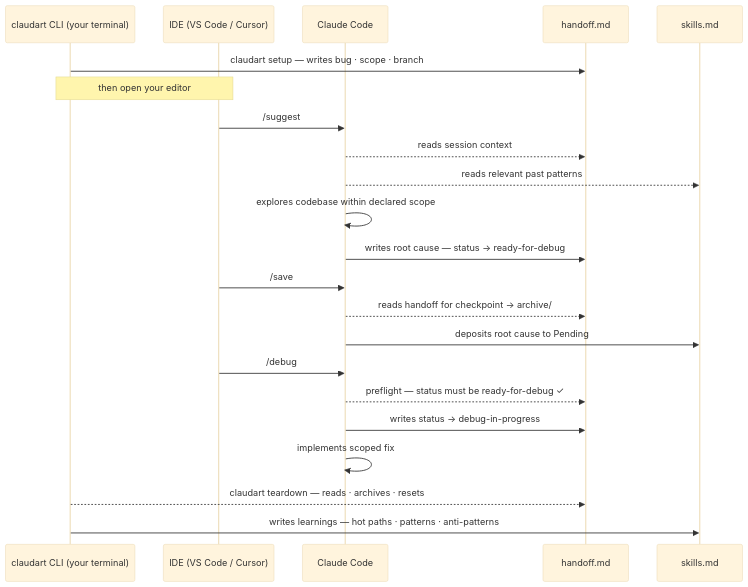
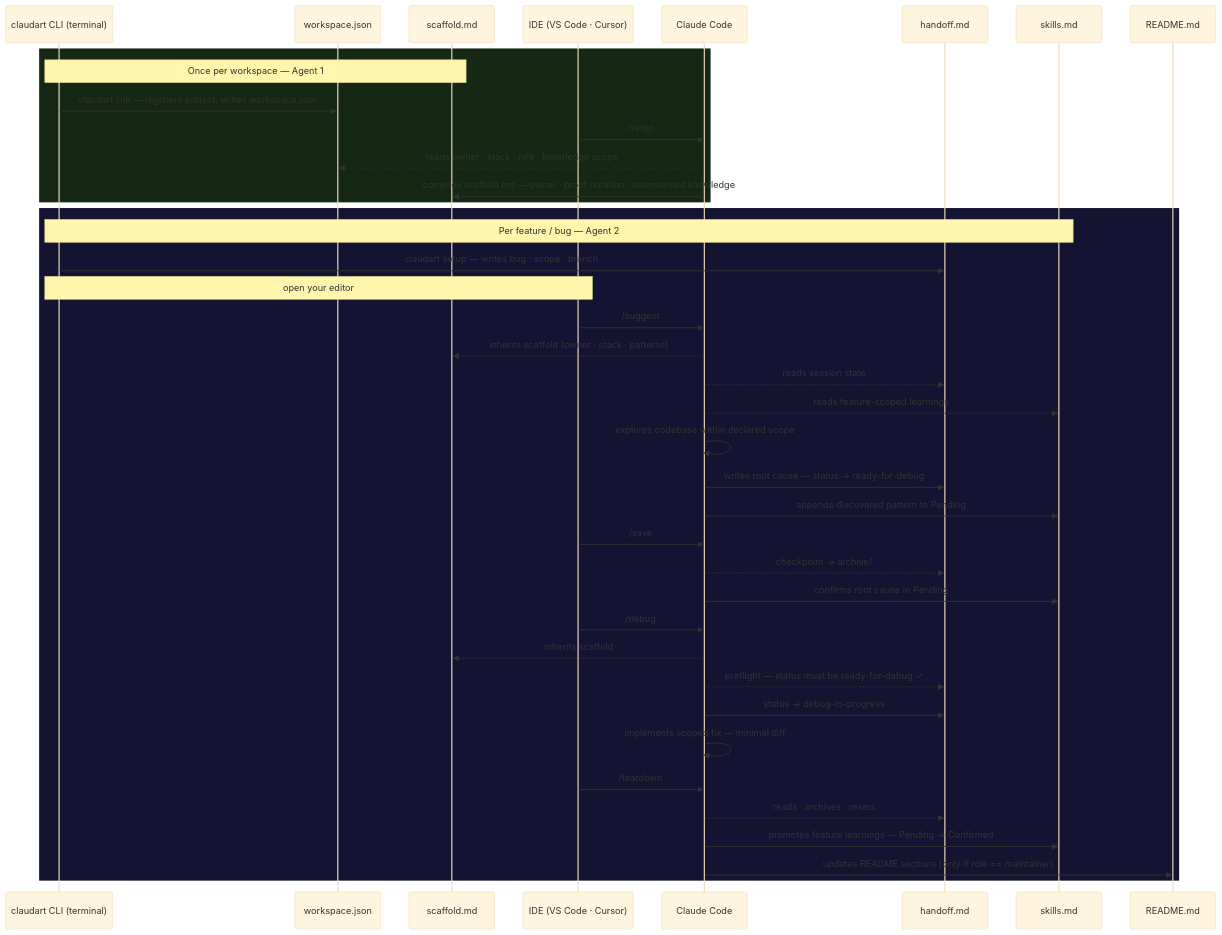
Before and after one commit to liitx/claudart_cli: the first of 2 diagrams in README.md, drawn with Mermaid (base theme). The commit also changed other lines of this file and 1 other file, not shown here.

Commit message:
docs: redesign sequence diagram to reflect two-agent architecture
The primary sequence diagram was entirely missing Agent 1 (/setup),
workspace.json, scaffold.md, and README.md as participants.

Changes:
- Sequence diagram: adds workspace.json, scaffold.md, README.md lanes;
  splits flow into two colour-coded regions — Agent 1 (once per
  workspace: /setup compiles scaffold.md) and Agent 2 (per session:
  /suggest → /save → /debug → /teardown with scaffold inheritance);
  README.md update shown as maintainer-gated final step of /teardown
- Architecture graph: adds setup_template to the commands/B node,
  matching the /setup slash command template added to lib/commands/
- State machine: relabels `teardown` transition to `/teardown` to
  correctly identify the IDE slash command, not the CLI verb
- Rotate flowchart and coverage model: no change (still accurate)

Made-with: Cursor

````diff
--- a/README.md
+++ b/README.md
@@ -62,25 +62,48 @@
 ```mermaid
 sequenceDiagram
-    participant T as claudart CLI (your terminal)
-    participant IDE as IDE (VS Code / Cursor)
-    participant C as Claude Code
-    participant H as handoff.md
-    participant S as skills.md
+    participant T  as claudart CLI (terminal)
+    participant W  as workspace.json
+    participant SF as scaffold.md
+    participant IDE as IDE (VS Code · Cursor)
+    participant C  as Claude Code
+    participant H  as handoff.md
+    participant S  as skills.md
+    participant R  as README.md
 
-    T->>H: claudart setup — writes bug · scope · branch
-    Note over T,IDE: then open your editor
-    IDE->>C: /suggest
-    C-->>H: reads session context
-    C-->>S: reads relevant past patterns
-    C->>C: explores codebase within declared scope
-    C->>H: writes root cause — status → ready-for-debug
-    IDE->>C: /save
-    C-->>H: reads handoff for checkpoint → archive/
-    C->>S: deposits root cause to Pending
-    IDE->>C: /debug
-    C-->>H: preflight — status must be ready-for-debug ✓
-    C->>H: writes status → debug-in-progress
-    C->>C: implements scoped fix
-    T-->>H: claudart teardown — reads · archives · resets
-    T->>S: writes learnings — hot paths · patterns · anti-patterns
+    rect rgb(20, 40, 20)
+        Note over T,SF: Once per workspace — Agent 1
+        T->>W: claudart link — registers project, writes workspace.json
+        IDE->>C: /setup
+        C-->>W: reads owner · stack · role · knowledge scope
+        C->>SF: compiles scaffold.md — owner · proof notation · summarised knowledge
+    end
+
+    rect rgb(20, 20, 50)
+        Note over T,S: Per feature / bug — Agent 2
+        T->>H: claudart setup — writes bug · scope · branch
+        Note over T,IDE: open your editor
+
+        IDE->>C: /suggest
+        C-->>SF: inherits scaffold (owner · stack · patterns)
+        C-->>H: reads session state
+        C-->>S: reads feature-scoped learnings
+        C->>C: explores codebase within declared scope
+        C->>H: writes root cause — status → ready-for-debug
+        C->>S: appends discovered pattern to Pending
+
+        IDE->>C: /save
+        C-->>H: checkpoint → archive/
+        C->>S: confirms root cause in Pending
+
+        IDE->>C: /debug
+        C-->>SF: inherits scaffold
+        C-->>H: preflight — status must be ready-for-debug ✓
+        C->>H: status → debug-in-progress
+        C->>C: implements scoped fix — minimal diff
+
+        IDE->>C: /teardown
+        C-->>H: reads · archives · resets
+        C->>S: promotes feature learnings — Pending → Confirmed
+        C->>R: updates README sections [only if role == maintainer]
+    end
 ```
````
